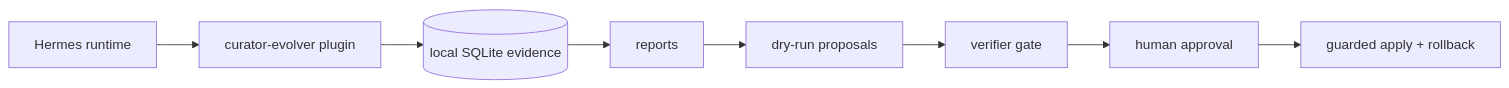
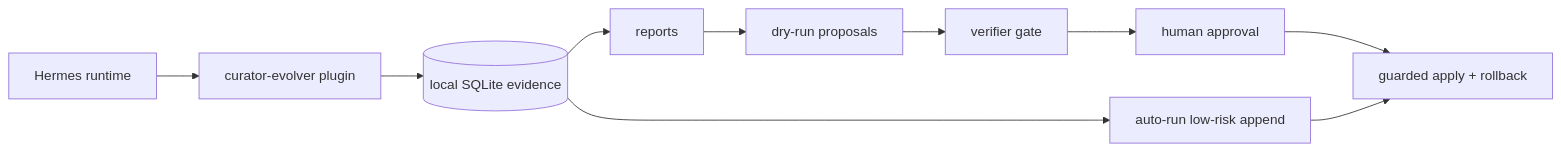
The diagram in README.md (pingchesu/hermes-curator-evolver), drawn with Mermaid before and after one commit. The commit also changed other lines of this file and 12 other files, not shown here.

Commit message:
feat: add automatic low-risk skill evolution

````diff
--- a/README.md
+++ b/README.md
@@ -103,10 +123,12 @@
 ```mermaid
 flowchart LR
     H[Hermes runtime] --> P[curator-evolver plugin]
     P --> DB[(local SQLite evidence)]
     DB --> R[reports]
     R --> Proposal[dry-run proposals]
     Proposal --> Verify[verifier gate]
     Verify --> Human[human approval]
     Human --> Apply[guarded apply + rollback]
+    DB --> Auto[auto-run low-risk append]
+    Auto --> Apply
 ```
````
